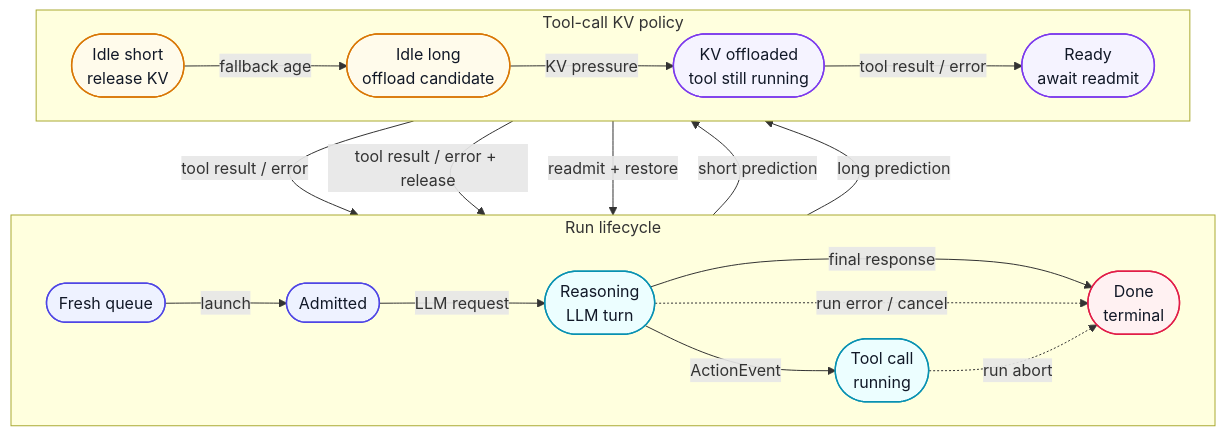
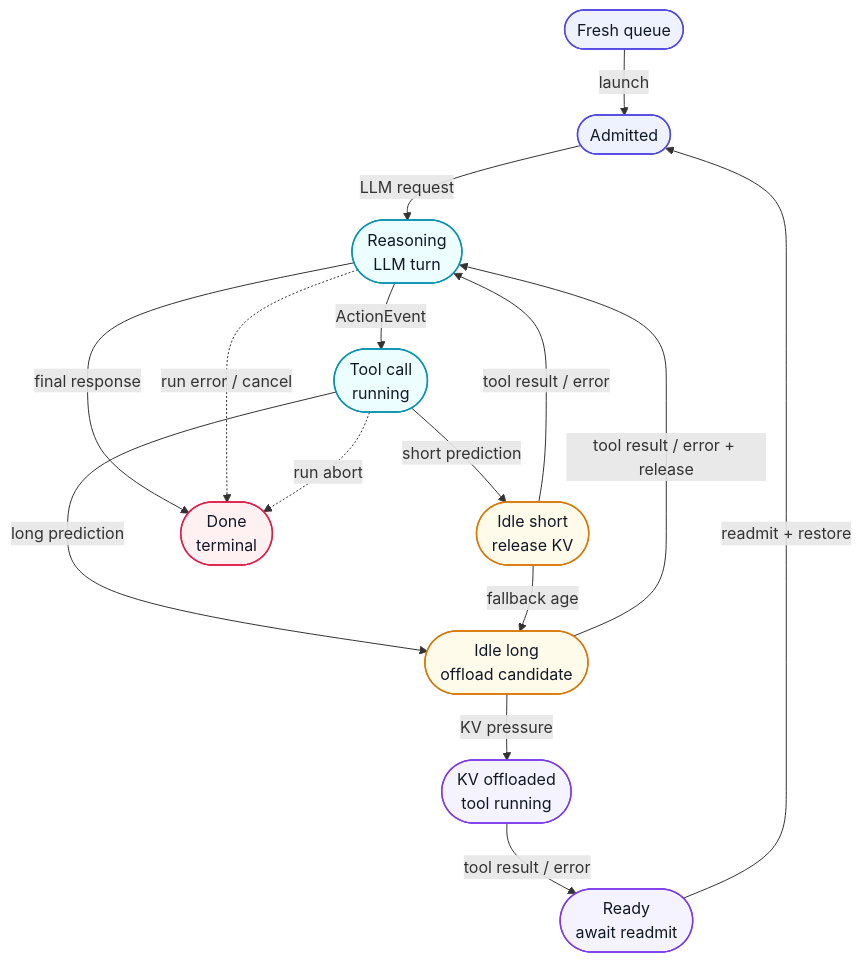
One commit to javenjwzhao-coder/agent-concurrency changed the seventh of 8 diagrams in docs/agent_kv_offload_architecture.md. Above: the diagram before and after it, drawn with Mermaid.

Commit message:
Use single balanced agent state diagram

````diff
--- a/docs/agent_kv_offload_architecture.md
+++ b/docs/agent_kv_offload_architecture.md
@@ -224,48 +224,43 @@
 ```mermaid
-%%{init: {"flowchart": {"curve": "basis", "nodeSpacing": 28, "rankSpacing": 46}} }%%
+%%{init: {"flowchart": {"curve": "basis", "nodeSpacing": 34, "rankSpacing": 42}} }%%
 flowchart TB
-    subgraph run["Run lifecycle"]
-        direction LR
-        queued([Fresh queue])
-        admitted([Admitted])
-        reasoning([Reasoning<br/>LLM turn])
-        tool([Tool call<br/>running])
-        done([Done<br/>terminal])
+    queued([Fresh queue])
+    admitted([Admitted])
+    reasoning([Reasoning<br/>LLM turn])
+    tool([Tool call<br/>running])
+    short([Idle short<br/>release KV])
+    long([Idle long<br/>offload candidate])
+    offloaded([KV offloaded<br/>tool running])
+    ready([Ready<br/>await readmit])
+    done([Done<br/>terminal])
 
-        queued -->|launch| admitted -->|LLM request| reasoning
-        reasoning -->|ActionEvent| tool
-        reasoning -->|final response| done
-        reasoning -.->|run error / cancel| done
-        tool -.->|run abort| done
-    end
-
-    subgraph policy["Tool-call KV policy"]
-        direction LR
-        short([Idle short<br/>release KV])
-        long([Idle long<br/>offload candidate])
-        offloaded([KV offloaded<br/>tool still running])
-        ready([Ready<br/>await readmit])
-
-        short -->|fallback age| long
-        long -->|KV pressure| offloaded
-        offloaded -->|tool result / error| ready
-    end
+    queued -->|launch| admitted
+    admitted -->|LLM request| reasoning
+    reasoning -->|ActionEvent| tool
+    reasoning -->|final response| done
+    reasoning -.->|run error / cancel| done
 
     tool -->|short prediction| short
     tool -->|long prediction| long
+    tool -.->|run abort| done
+
     short -->|tool result / error| reasoning
+    short -->|fallback age| long
+
     long -->|tool result / error + release| reasoning
+    long -->|KV pressure| offloaded
+    offloaded -->|tool result / error| ready
     ready -->|readmit + restore| admitted
 
     classDef queue fill:#eef2ff,stroke:#4f46e5,stroke-width:1.4px,color:#111827
     classDef active fill:#ecfeff,stroke:#0891b2,stroke-width:1.4px,color:#111827
     classDef policy fill:#fffbeb,stroke:#d97706,stroke-width:1.4px,color:#111827
     classDef offload fill:#f5f3ff,stroke:#7c3aed,stroke-width:1.4px,color:#111827
     classDef terminal fill:#fff1f2,stroke:#e11d48,stroke-width:1.4px,color:#111827
 
     class queued,admitted queue
     class reasoning,tool active
     class short,long policy
     class offloaded,ready offload
     class done terminal
 ```
````
